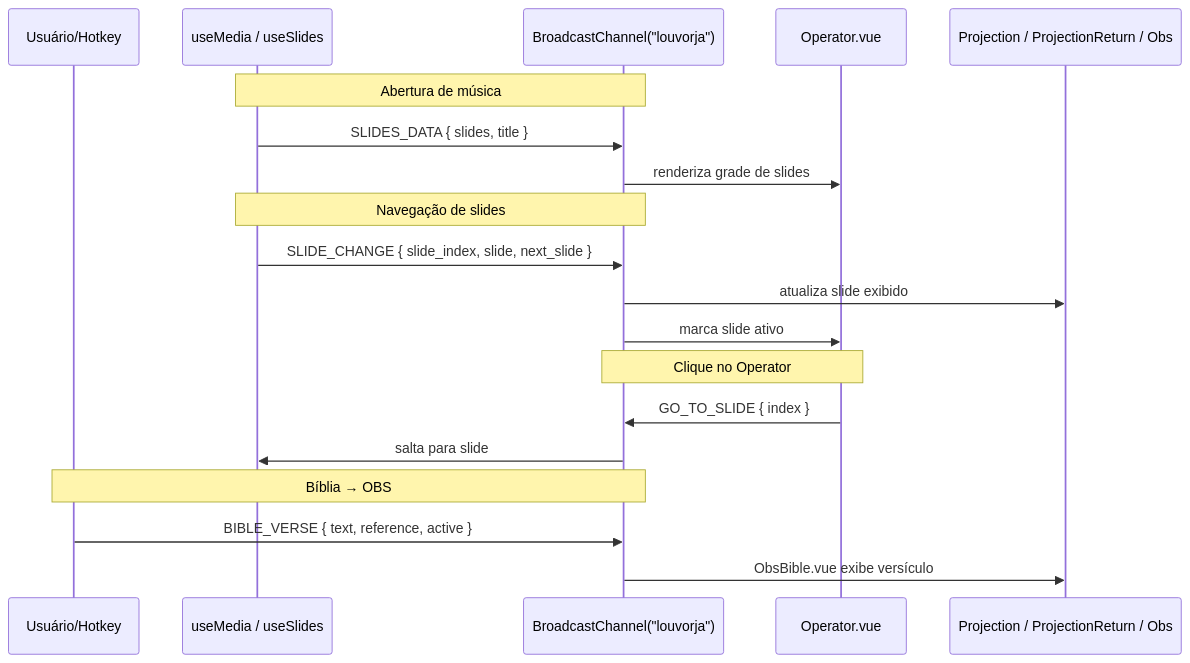
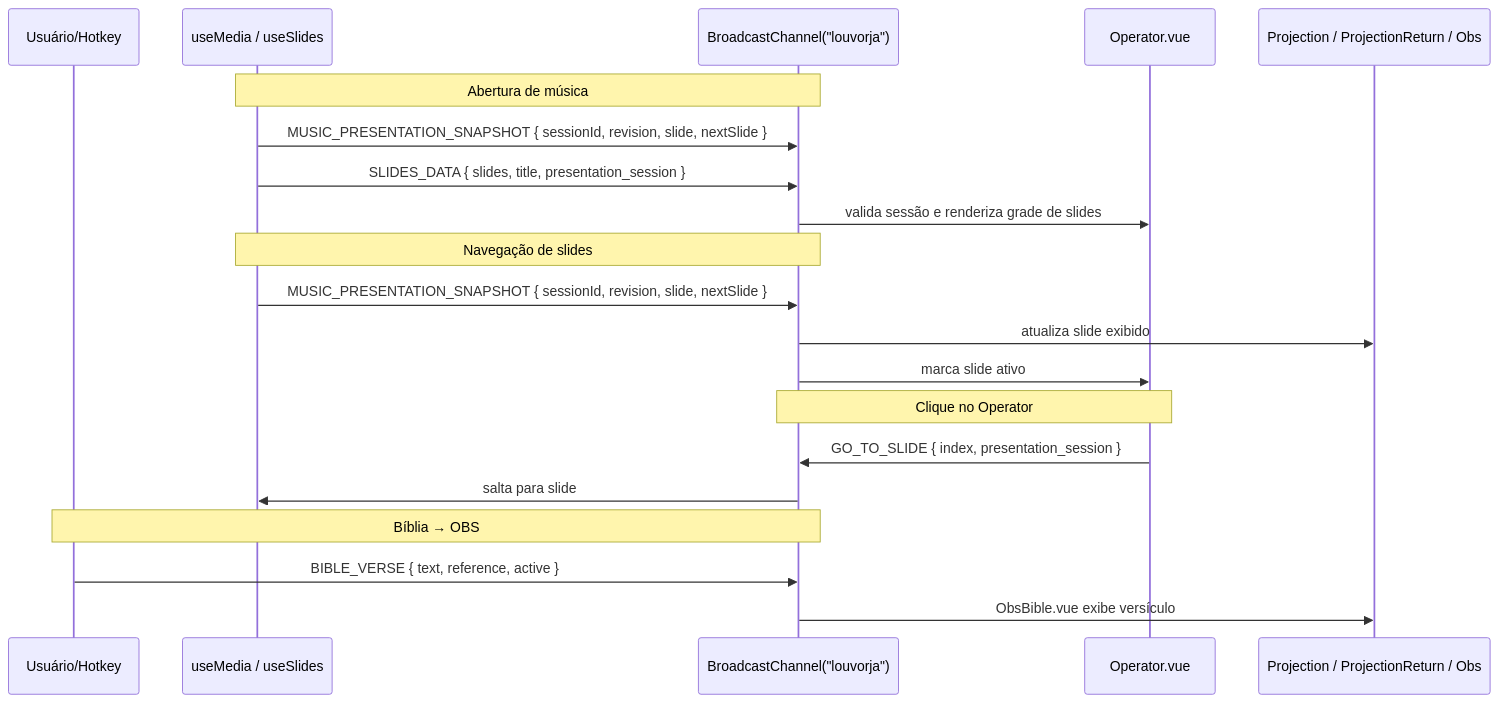
The diagram in docs/broadcast.md (louvorja/violin-app), drawn with Mermaid before and after one commit. The commit also changed other lines of this file and 52 other files, not shown here.

Commit message:
Make music presentation snapshots canonical across windows

````diff
--- a/docs/broadcast.md
+++ b/docs/broadcast.md
@@ -165,25 +177,26 @@
 ```mermaid
 sequenceDiagram
     participant U as Usuário/Hotkey
     participant Media as useMedia / useSlides
     participant BC as BroadcastChannel("louvorja")
     participant Op as Operator.vue
     participant Proj as Projection / ProjectionReturn / Obs
 
     Note over Media,BC: Abertura de música
-    Media->>BC: SLIDES_DATA { slides, title }
-    BC->>Op: renderiza grade de slides
+    Media->>BC: MUSIC_PRESENTATION_SNAPSHOT { sessionId, revision, slide, nextSlide }
+    Media->>BC: SLIDES_DATA { slides, title, presentation_session }
+    BC->>Op: valida sessão e renderiza grade de slides
 
     Note over Media,BC: Navegação de slides
-    Media->>BC: SLIDE_CHANGE { slide_index, slide, next_slide }
+    Media->>BC: MUSIC_PRESENTATION_SNAPSHOT { sessionId, revision, slide, nextSlide }
     BC->>Proj: atualiza slide exibido
     BC->>Op: marca slide ativo
 
     Note over Op,BC: Clique no Operator
-    Op->>BC: GO_TO_SLIDE { index }
+    Op->>BC: GO_TO_SLIDE { index, presentation_session }
     BC->>Media: salta para slide #index
 
     Note over U,BC: Bíblia → OBS
     U->>BC: BIBLE_VERSE { text, reference, active }
     BC->>Proj: ObsBible.vue exibe versículo
 ```
````
